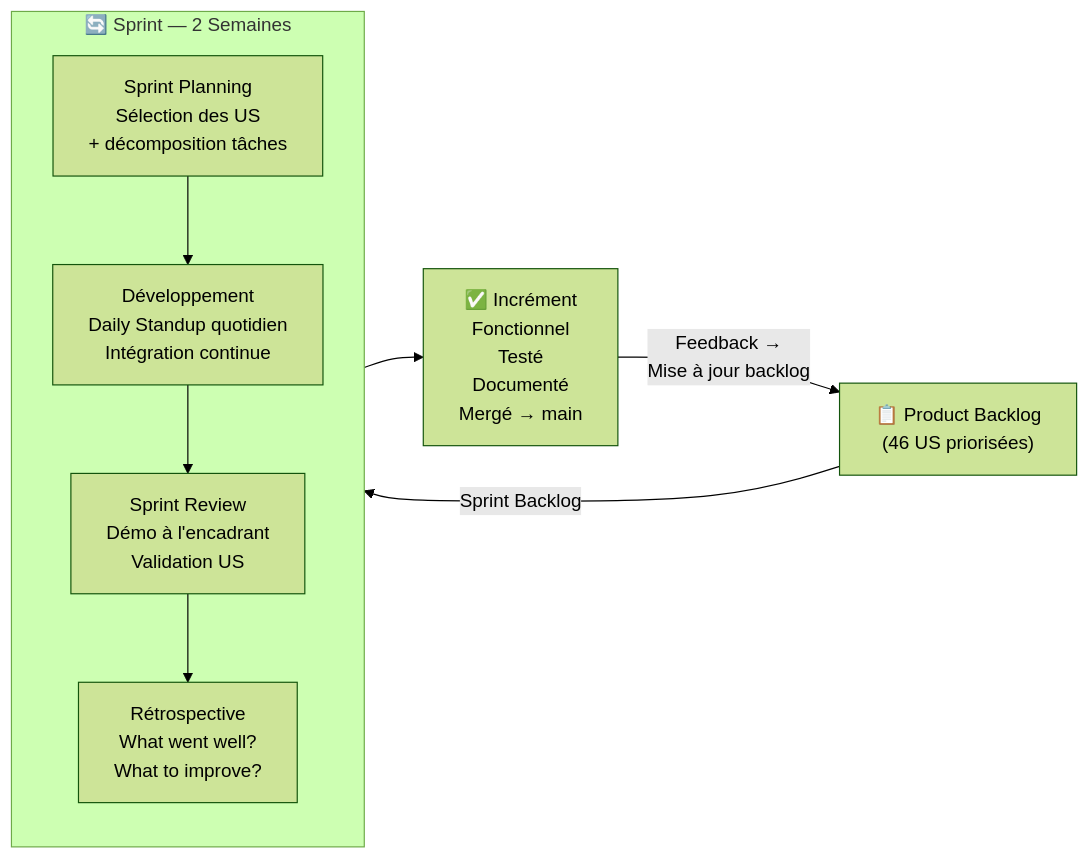
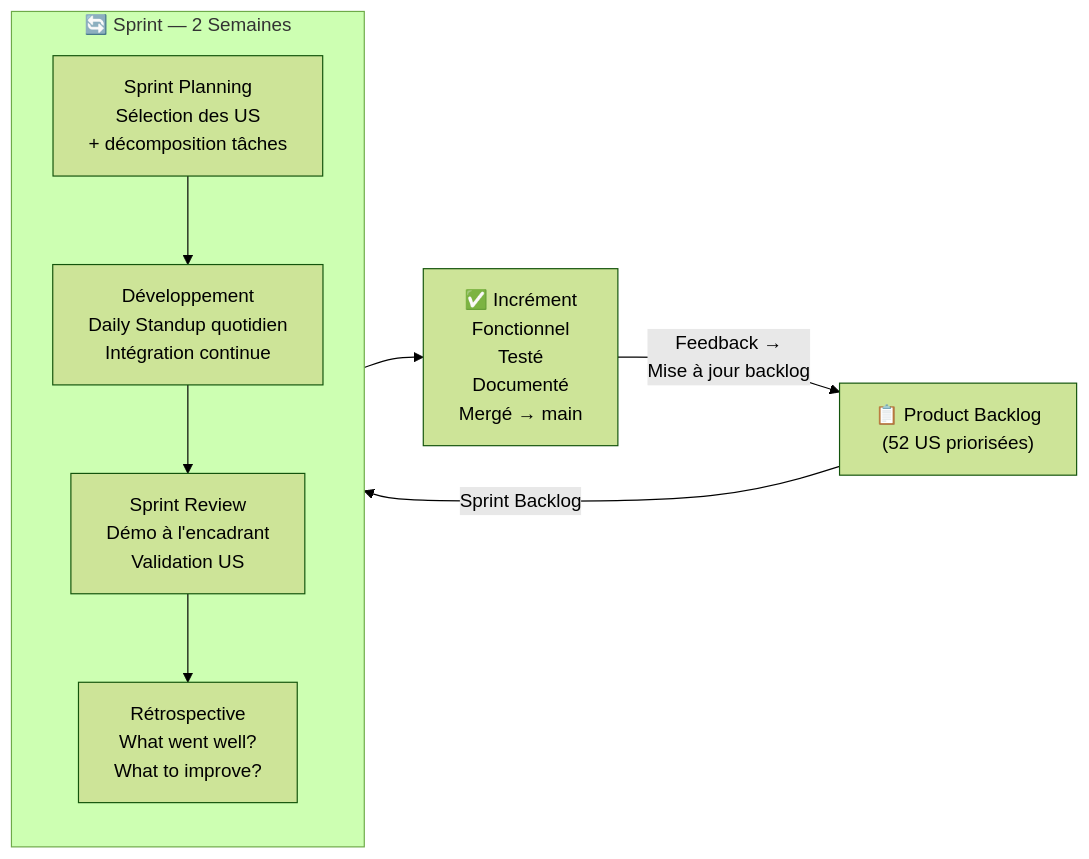
Before and after one commit to Boussyf0/MediSense-AI: the third of 21 diagrams in docs/METHODOLOGIE.md, drawn with Mermaid (forest theme). The commit also changed other lines of this file, not shown here.

First line of the commit message:
feat(backlog): add frontend sprints 9 & 10 + 14 new user stories (US-47→US-60)

````diff
--- a/docs/METHODOLOGIE.md
+++ b/docs/METHODOLOGIE.md
@@ -109,19 +109,19 @@
 ```mermaid
 flowchart LR
-    PBL["📋 Product Backlog<br/>(46 US priorisées)"]
+    PBL["📋 Product Backlog<br/>(52 US priorisées)"]
 
     subgraph SPRINT["🔄 Sprint — 2 Semaines"]
         direction TB
         PLAN["Sprint Planning<br/>Sélection des US<br/>+ décomposition tâches"]
         DEV_W["Développement<br/>Daily Standup quotidien<br/>Intégration continue"]
         REVIEW["Sprint Review<br/>Démo à l'encadrant<br/>Validation US"]
         RETRO["Rétrospective<br/>What went well?<br/>What to improve?"]
         PLAN --> DEV_W --> REVIEW --> RETRO
     end
 
     INC["✅ Incrément<br/>Fonctionnel<br/>Testé<br/>Documenté<br/>Mergé → main"]
 
     PBL -->|"Sprint Backlog"| SPRINT
     SPRINT --> INC
     INC -->|"Feedback →<br/>Mise à jour backlog"| PBL
 ```
````
